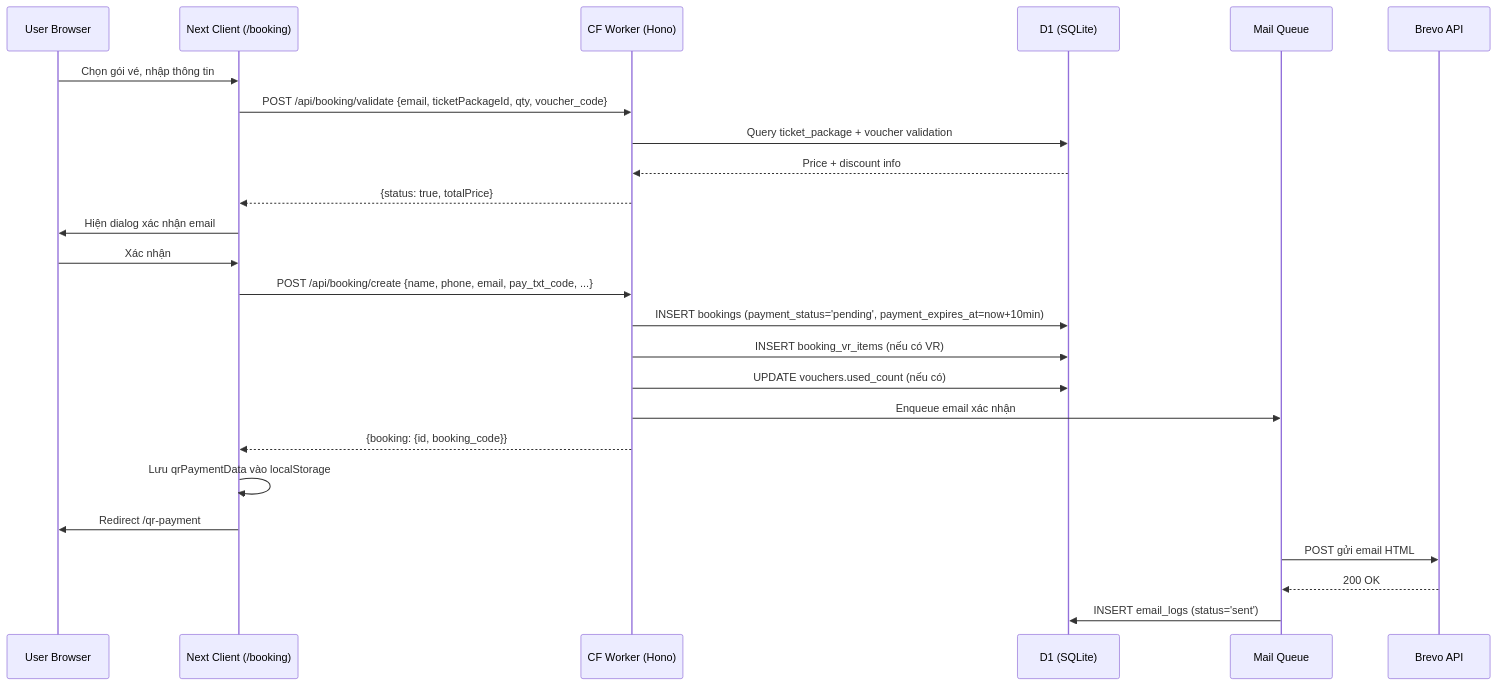
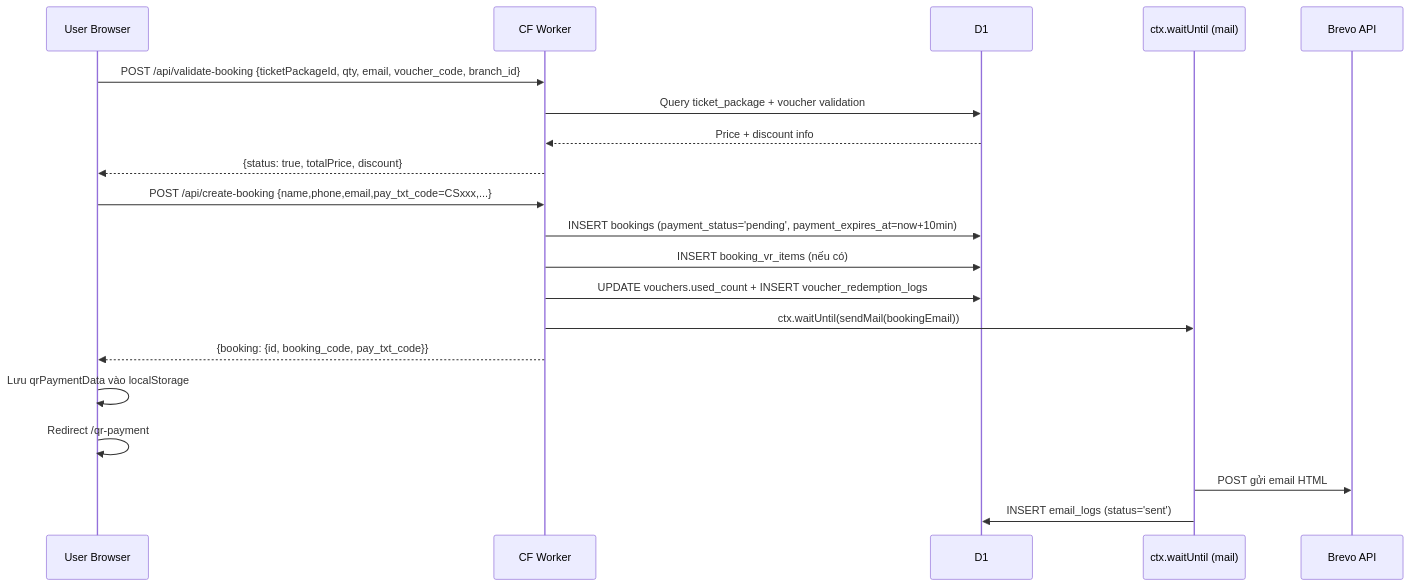
One commit to baonhatt/CTBooking changed the third of 8 diagrams in PROJECT_OVERVIEW.md. Above: the diagram before and after it, drawn with Mermaid. The commit also changed other lines of this file and 54 other files, not shown here.

````diff
--- a/PROJECT_OVERVIEW.md
+++ b/PROJECT_OVERVIEW.md
@@ -340,31 +362,26 @@
 ```mermaid
 sequenceDiagram
     participant U as User Browser
-    participant NC as Next Client (/booking)
-    participant W as CF Worker (Hono)
-    participant DB as D1 (SQLite)
-    participant MQ as Mail Queue
+    participant W as CF Worker
+    participant DB as D1
+    participant MQ as ctx.waitUntil (mail)
     participant Brevo as Brevo API
 
-    U->>NC: Chọn gói vé, nhập thông tin
-    NC->>W: POST /api/booking/validate {email, ticketPackageId, qty, voucher_code}
+    U->>W: POST /api/validate-booking {ticketPackageId, qty, email, voucher_code, branch_id}
     W->>DB: Query ticket_package + voucher validation
     DB-->>W: Price + discount info
-    W-->>NC: {status: true, totalPrice}
-    
-    NC->>U: Hiện dialog xác nhận email
-    U->>NC: Xác nhận
-    NC->>W: POST /api/booking/create {name, phone, email, pay_txt_code, ...}
+    W-->>U: {status: true, totalPrice, discount}
+
+    U->>W: POST /api/create-booking {name,phone,email,pay_txt_code=CSxxx,...}
     W->>DB: INSERT bookings (payment_status='pending', payment_expires_at=now+10min)
-    W->>DB: INSERT booking_vr_items (nếu có VR)
-    W->>DB: UPDATE vouchers.used_count (nếu có)
-    W->>MQ: Enqueue email xác nhận
-    W-->>NC: {booking: {id, booking_code}}
-    
-    NC->>NC: Lưu qrPaymentData vào localStorage
-    NC->>U: Redirect /qr-payment
-    
+    W->>DB: INSERT booking_vr_items (nếu có)
+    W->>DB: UPDATE vouchers.used_count + INSERT voucher_redemption_logs
+    W->>MQ: ctx.waitUntil(sendMail(bookingEmail))
+    W-->>U: {booking: {id, booking_code, pay_txt_code}}
+
+    U->>U: Lưu qrPaymentData vào localStorage
+    U->>U: Redirect /qr-payment
+
     MQ->>Brevo: POST gửi email HTML
-    Brevo-->>MQ: 200 OK
     MQ->>DB: INSERT email_logs (status='sent')
 ```
````
